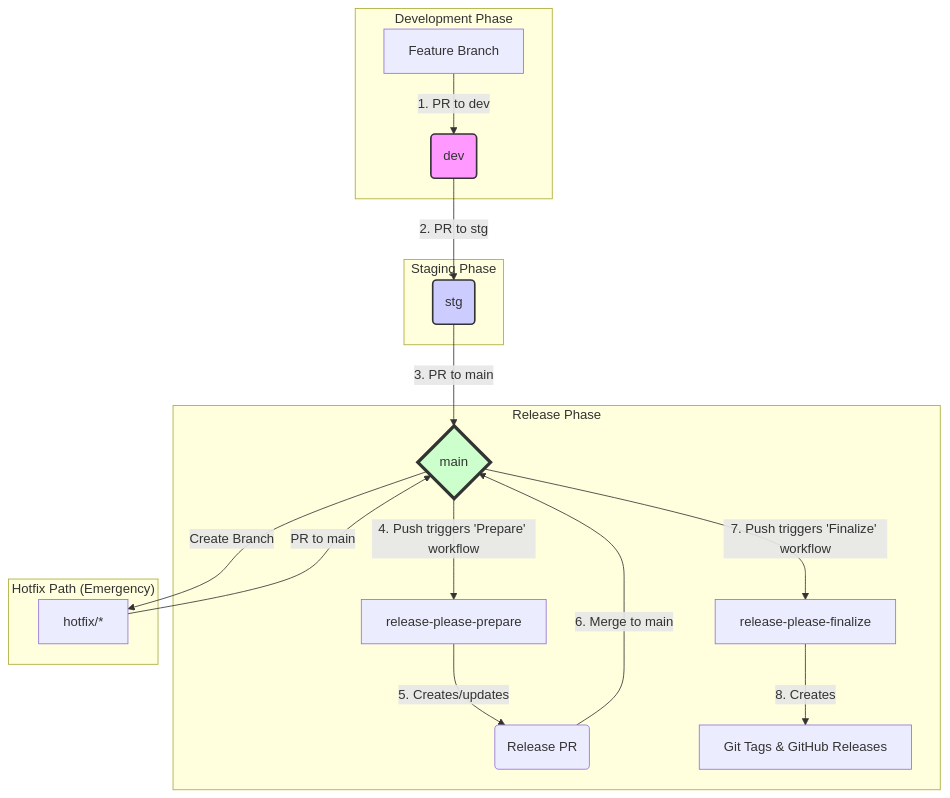
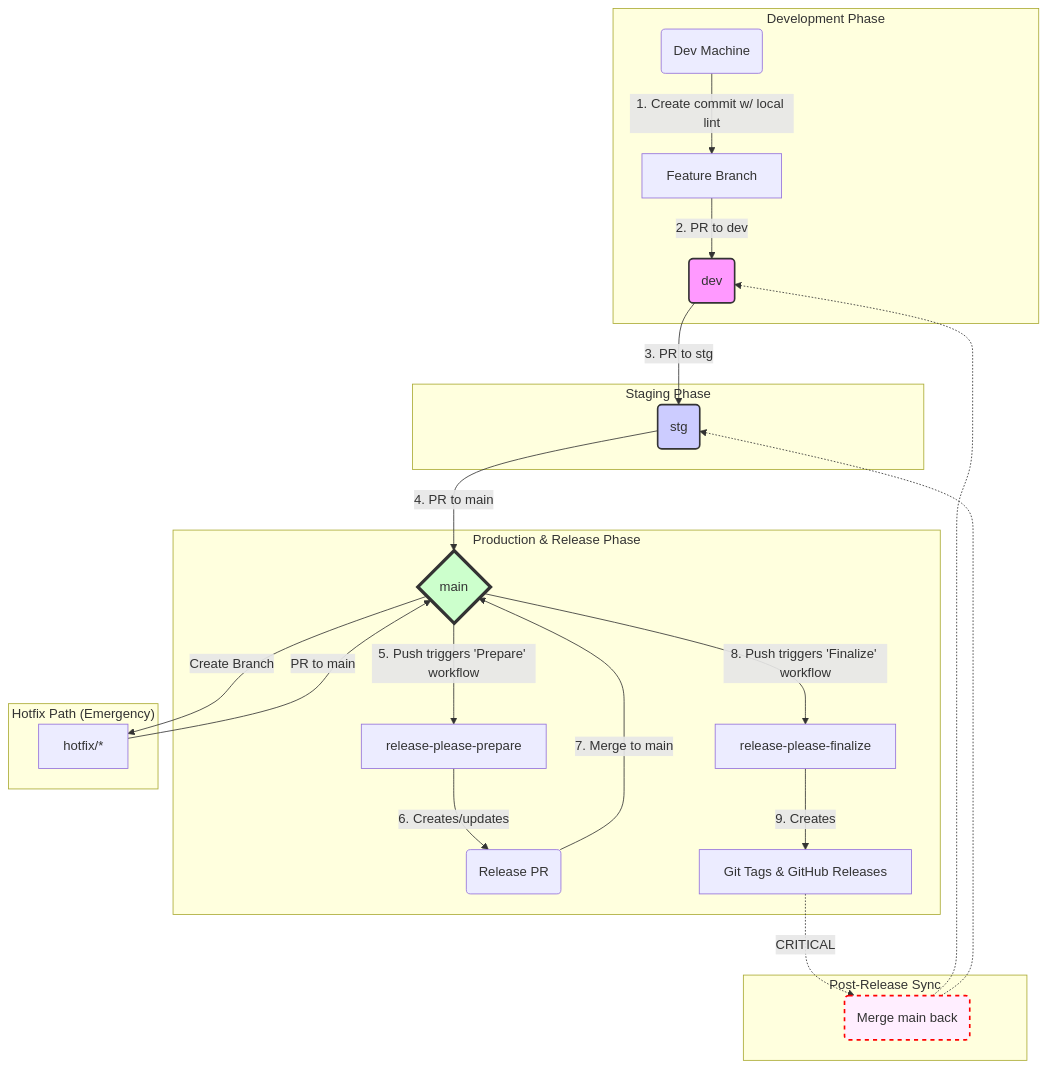
Before and after one commit to iurii-galkin-sp/release-please-poc-test: the diagram in README.md, drawn with Mermaid. The commit also changed 2 other files, not shown here.

Commit message:
chore(project): actualize mermaid frow scheme

````diff
--- a/README.md
+++ b/README.md
@@ -264,28 +264,36 @@
 ```mermaid
 graph TD
     subgraph "Development Phase"
-        A[Feature Branch] -- "1. PR to dev" --> B(dev);
+        A0(Dev Machine) -- "1. Create commit w/ local lint" --> A[Feature Branch];
+        A -- "2. PR to dev" --> B(dev);
     end
 
     subgraph "Staging Phase"
-        B -- "2. PR to stg" --> C(stg);
+        B -- "3. PR to stg" --> C(stg);
     end
 
-    subgraph "Release Phase"
-        C -- "3. PR to main" --> D{main};
-        D -- "4. Push triggers 'Prepare' workflow" --> E[release-please-prepare];
-        E -- "5. Creates/updates" --> F(Release PR);
-        F -- "6. Merge to main" --> D;
-        D -- "7. Push triggers 'Finalize' workflow" --> G[release-please-finalize];
-        G -- "8. Creates" --> H[Git Tags & GitHub Releases];
+    subgraph "Production & Release Phase"
+        C -- "4. PR to main" --> D{main};
+        D -- "5. Push triggers 'Prepare' workflow" --> E[release-please-prepare];
+        E -- "6. Creates/updates" --> F(Release PR);
+        F -- "7. Merge to main" --> D;
+        D -- "8. Push triggers 'Finalize' workflow" --> G[release-please-finalize];
+        G -- "9. Creates" --> H[Git Tags & GitHub Releases];
     end
 
     subgraph "Hotfix Path (Emergency)"
         D -- "Create Branch" --> I[hotfix/*];
         I -- "PR to main" --> D;
     end
 
+    subgraph "Post-Release Sync"
+        H -.-> |"CRITICAL"| Sync1(Merge main back);
+        Sync1 -.-> B;
+        Sync1 -.-> C;
+    end
+
     style B fill:#f9f,stroke:#333,stroke-width:2px
     style C fill:#ccf,stroke:#333,stroke-width:2px
     style D fill:#cfc,stroke:#333,stroke-width:4px
+    style Sync1 fill:#fef,stroke:#f00,stroke-width:2px,stroke-dasharray: 5 5
 ```
````
